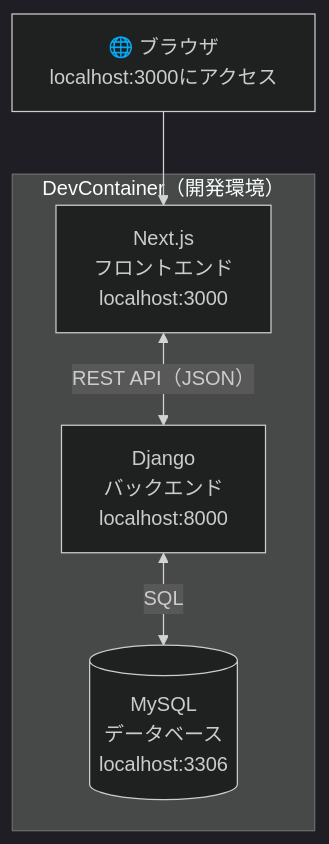
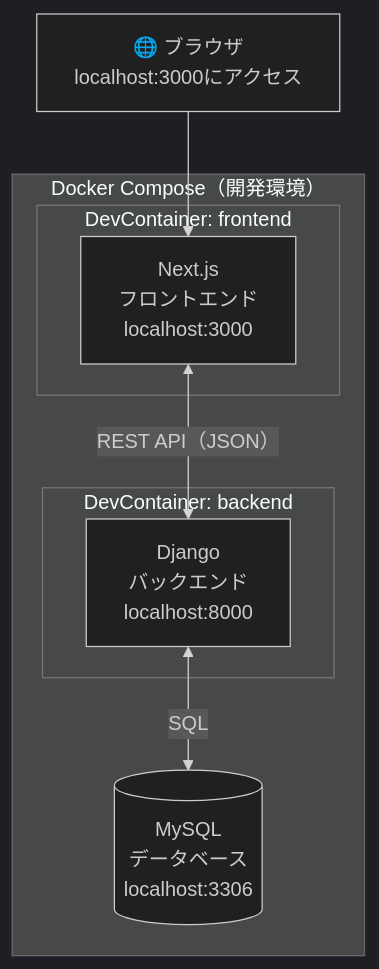
The third of 3 diagrams in chapters/01_Webシステムの仕組み.md (ot-nemoto/fullstack-web-development-workshop), drawn with Mermaid (dark theme) before and after one commit. The commit also changed other lines of this file and 3 other files, not shown here.

First line of the commit message:
Split DevContainer into backend and frontend services

````diff
--- a/chapters/01_Webシステムの仕組み.md
+++ b/chapters/01_Webシステムの仕組み.md
@@ -152,14 +152,18 @@
 ```mermaid
 graph TB
     Browser["🌐 ブラウザ\nlocalhost:3000にアクセス"]
 
-    subgraph DC["DevContainer（開発環境）"]
-        FE["Next.js\nフロントエンド\nlocalhost:3000"]
-        BE["Django\nバックエンド\nlocalhost:8000"]
+    subgraph DC["Docker Compose（開発環境）"]
+        subgraph FE_DC["DevContainer: frontend"]
+            FE["Next.js\nフロントエンド\nlocalhost:3000"]
+        end
+        subgraph BE_DC["DevContainer: backend"]
+            BE["Django\nバックエンド\nlocalhost:8000"]
+        end
         DB[("MySQL\nデータベース\nlocalhost:3306")]
     end
 
     Browser --> FE
     FE <-- "REST API（JSON）" --> BE
     BE <-- SQL --> DB
 ```
````
